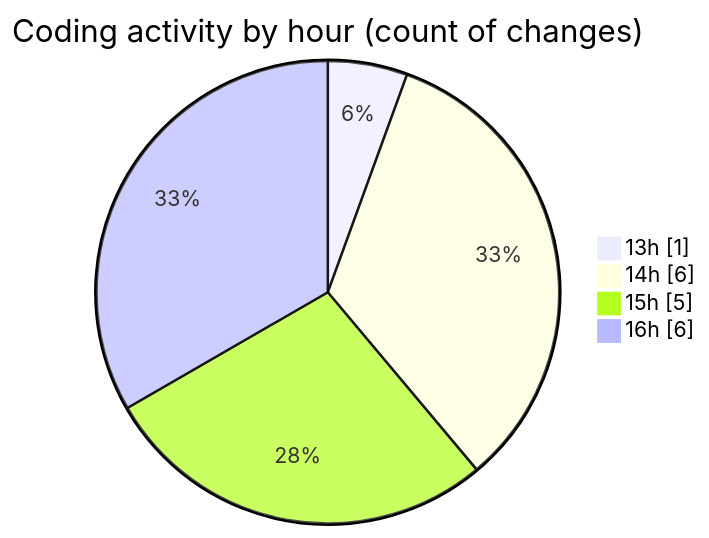
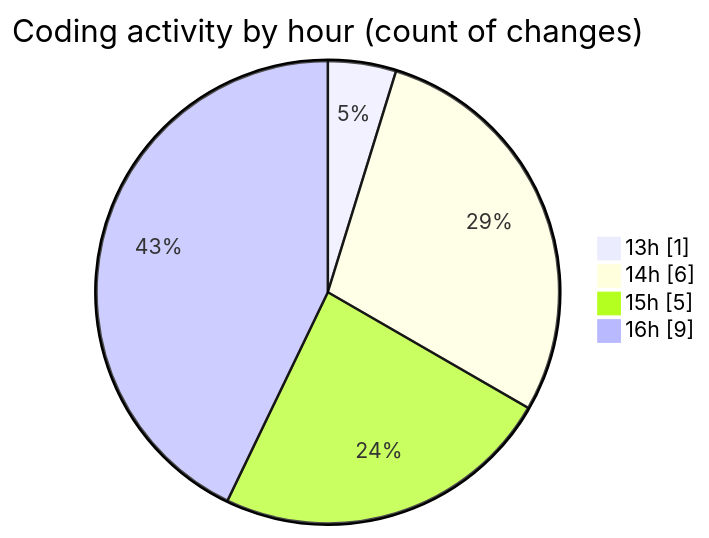
The second of 2 diagrams in 2026-10-12/cda/README.md (momahboobian/code-tracking), drawn with Mermaid before and after one commit. The commit also changed other lines of this file and 1 other file, not shown here.

````diff
--- a/2026-10-12/cda/README.md
+++ b/2026-10-12/cda/README.md
@@ -35,8 +38,8 @@
 ```mermaid
 pie showData
 title Coding activity by hour (count of changes)
 "13h" : 1
 "14h" : 6
 "15h" : 5
-"16h" : 6
+"16h" : 9
 ```
````
